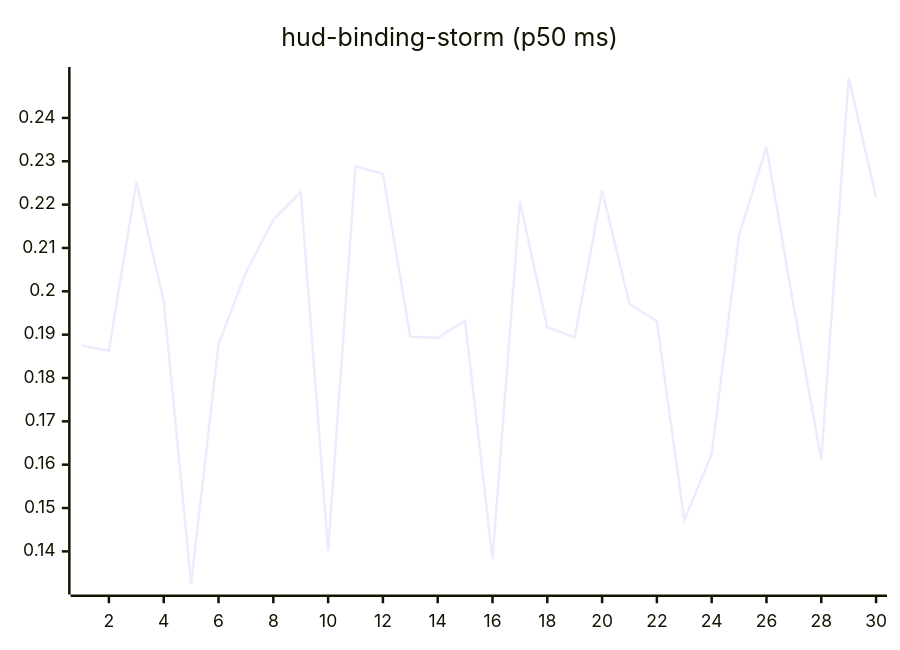
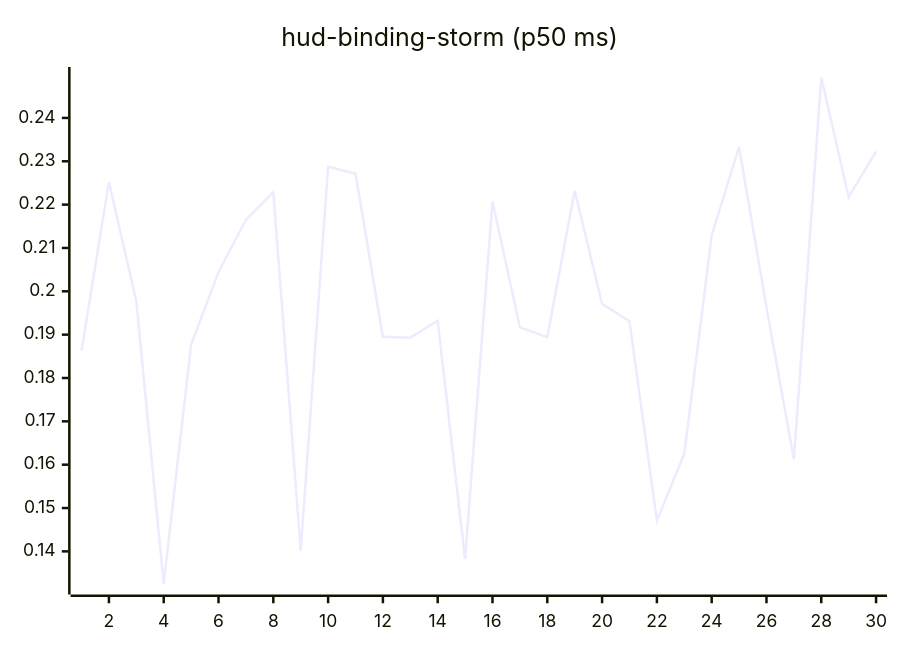
One commit to josha/Facet changed the tenth of 27 diagrams in README.md. Above: the diagram before and after it, drawn with Mermaid. The commit also changed other lines of this file and 2 other files, not shown here.

````diff
--- a/README.md
+++ b/README.md
@@ -126,6 +126,6 @@
 ```mermaid
 xychart-beta
     title "hud-binding-storm (p50 ms)"
     x-axis 1 --> 30
-    line [0.1875, 0.1863, 0.2252, 0.1977, 0.1325, 0.1877, 0.2044, 0.2165, 0.2229, 0.1401, 0.2288, 0.2271, 0.1895, 0.1893, 0.1932, 0.1382, 0.2207, 0.1917, 0.1894, 0.2232, 0.1971, 0.1931, 0.1471, 0.1625, 0.2129, 0.2333, 0.1963, 0.1612, 0.2493, 0.2217]
+    line [0.1863, 0.2252, 0.1977, 0.1325, 0.1877, 0.2044, 0.2165, 0.2229, 0.1401, 0.2288, 0.2271, 0.1895, 0.1893, 0.1932, 0.1382, 0.2207, 0.1917, 0.1894, 0.2232, 0.1971, 0.1931, 0.1471, 0.1625, 0.2129, 0.2333, 0.1963, 0.1612, 0.2493, 0.2217, 0.2323]
 ```
````
